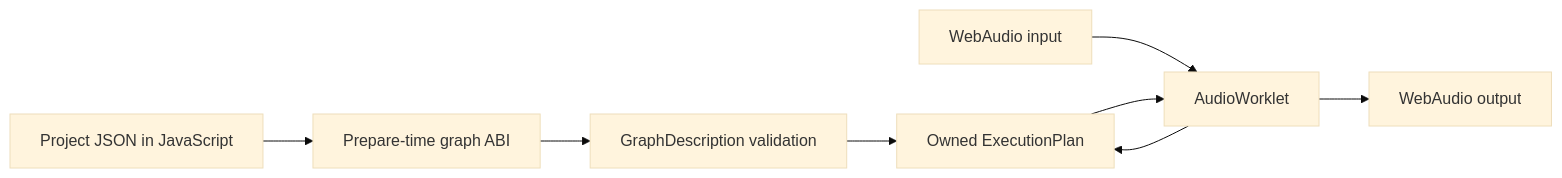
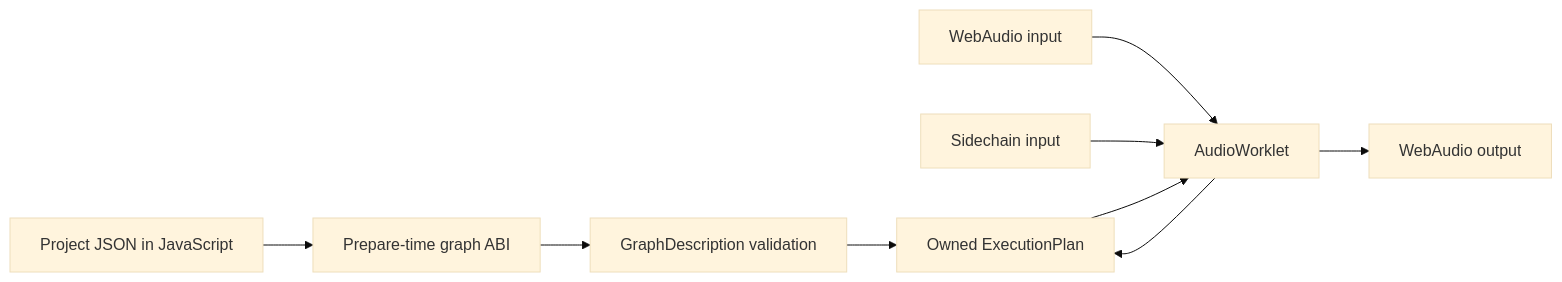
Before and after one commit to ShamanicArts/manifold: the diagram in docs/graph-contract.md, drawn with Mermaid (base theme). The commit also changed other lines of this file and 19 other files, not shown here.

Commit message:
route independent sidechain capture through Rust and browser graph

````diff
--- a/docs/graph-contract.md
+++ b/docs/graph-contract.md
@@ -5,10 +5,11 @@
 ```mermaid
 flowchart LR
   A[Project JSON in JavaScript] --> B[Prepare-time graph ABI]
   B --> C[GraphDescription validation]
   C --> D[Owned ExecutionPlan]
   E[WebAudio input] --> F[AudioWorklet]
+  H[Sidechain input] --> F
   F --> D
   D --> F
   F --> G[WebAudio output]
 ```
````
